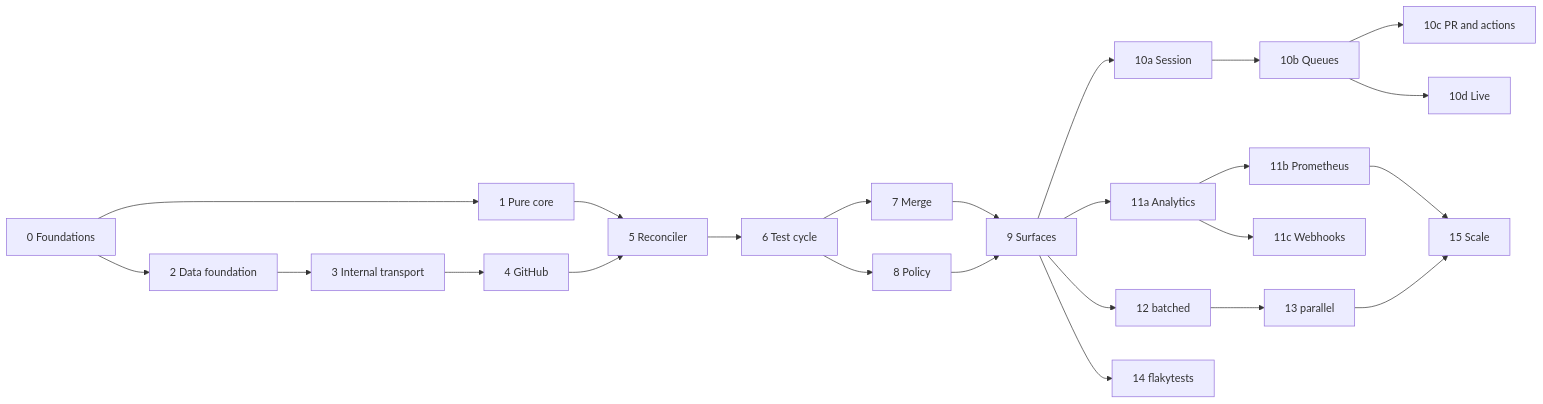
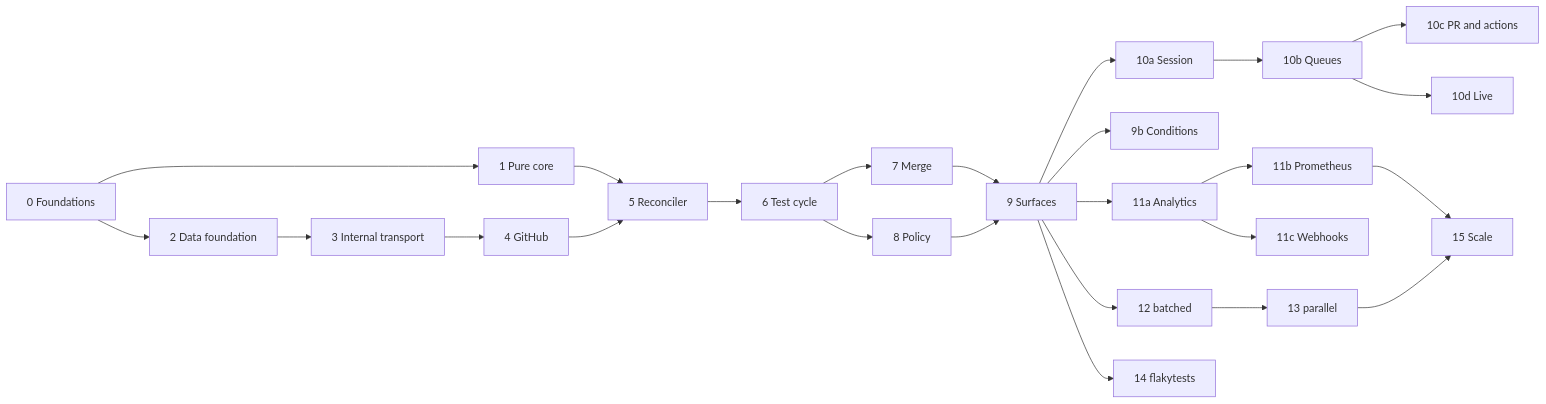
The diagram in specs/LOTS.md (getcihub/cihub), drawn with Mermaid before and after one commit. The commit also changed other lines of this file and 2 other files, not shown here.

````diff
--- a/specs/LOTS.md
+++ b/specs/LOTS.md
@@ -57,26 +58,27 @@
 ```mermaid
 flowchart LR
   L0[0 Foundations] --> L1[1 Pure core]
   L0 --> L2[2 Data foundation]
   L2 --> L3[3 Internal transport]
   L3 --> L4[4 GitHub]
   L1 --> L5[5 Reconciler]
   L4 --> L5
   L5 --> L6[6 Test cycle]
   L6 --> L7[7 Merge]
   L6 --> L8[8 Policy]
   L7 --> L9[9 Surfaces]
   L8 --> L9
   L9 --> L10a[10a Session]
   L10a --> L10b[10b Queues]
   L10b --> L10c[10c PR and actions]
   L10b --> L10d[10d Live]
+  L9 --> L9b[9b Conditions]
   L9 --> L11a[11a Analytics]
   L11a --> L11b[11b Prometheus]
   L11a --> L11c[11c Webhooks]
   L9 --> L12[12 batched]
   L9 --> L14[14 flakytests]
   L12 --> L13[13 parallel]
   L11b --> L15[15 Scale]
   L13 --> L15
 ```
````
